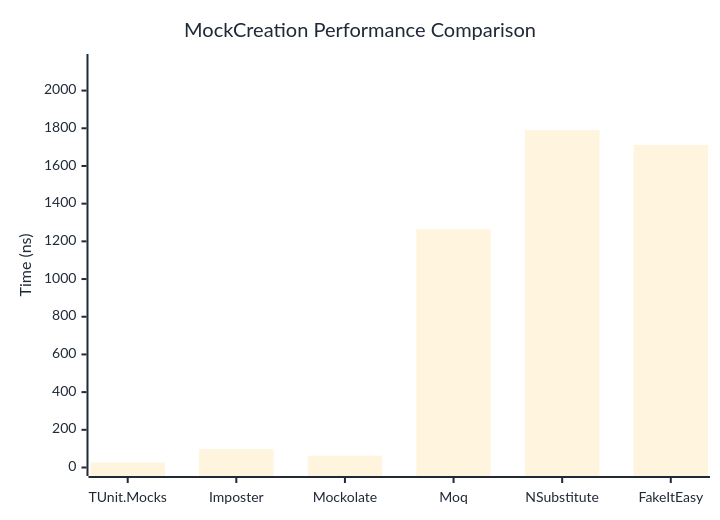
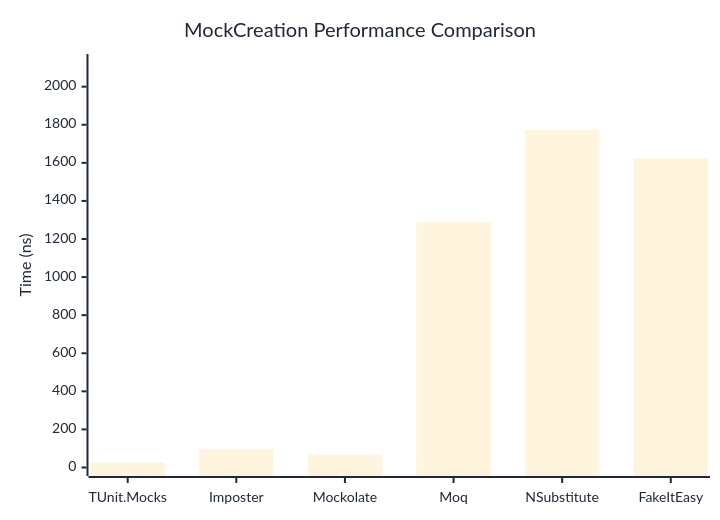
One commit to thomhurst/TUnit changed the first of 2 diagrams in docs/docs/benchmarks/mocks/MockCreation.md. Above: the diagram before and after it, drawn with Mermaid. The commit also changed other lines of this file and 14 other files, not shown here.

````diff
--- a/docs/docs/benchmarks/mocks/MockCreation.md
+++ b/docs/docs/benchmarks/mocks/MockCreation.md
@@ -28,27 +28,27 @@
 ```mermaid
 %%{init: {
   'theme':'base',
   'themeVariables': {
     'primaryColor': '#2563eb',
     'primaryTextColor': '#1f2937',
     'primaryBorderColor': '#1e40af',
     'lineColor': '#6b7280',
     'secondaryColor': '#7c3aed',
     'tertiaryColor': '#dc2626',
     'background': '#ffffff',
     'pie1': '#2563eb',
     'pie2': '#7c3aed',
     'pie3': '#dc2626',
     'pie4': '#f59e0b',
     'pie5': '#10b981',
     'pie6': '#06b6d4',
     'pie7': '#ec4899',
     'pie8': '#6366f1'
   }
 }}%%
 xychart-beta
   title "MockCreation Performance Comparison"
   x-axis ["TUnit.Mocks", "Imposter", "Mockolate", "Moq", "NSubstitute", "FakeItEasy"]
-  y-axis "Time (ns)" 0 --> 2149
-  bar [26.3, 97.19, 62.56, 1263.46, 1790.18, 1711.86]
+  y-axis "Time (ns)" 0 --> 2127
+  bar [26.28, 95.7, 67.65, 1288.85, 1771.91, 1623.65]
 ```
````
